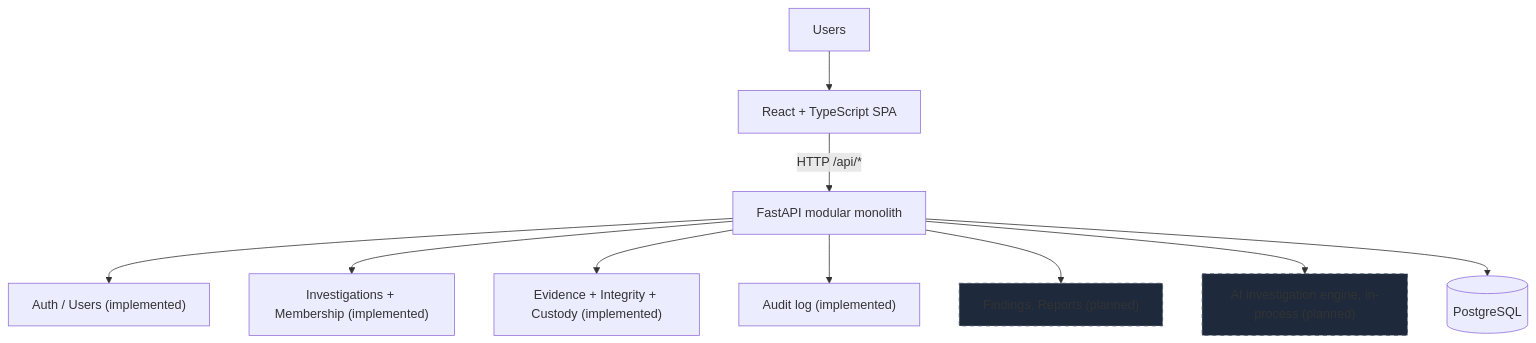
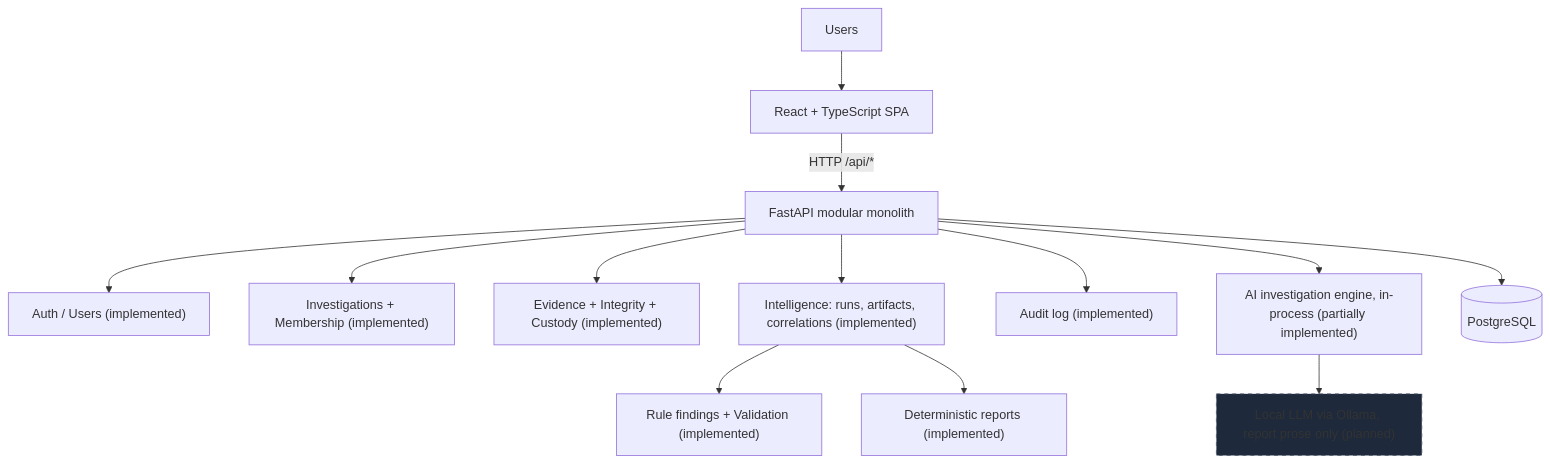
The first of 2 diagrams in README.md (shikhar-sahay/provena), drawn with Mermaid before and after one commit. The commit also changed other lines of this file and 8 other files, not shown here.

````diff
--- a/README.md
+++ b/README.md
@@ -93,14 +103,16 @@
 ```mermaid
 flowchart TB
     Users --> SPA["React + TypeScript SPA"]
     SPA -->|"HTTP /api/*"| API["FastAPI modular monolith"]
     API --> Auth["Auth / Users (implemented)"]
     API --> Inv["Investigations + Membership (implemented)"]
     API --> Ev["Evidence + Integrity + Custody (implemented)"]
+    API --> Intel["Intelligence: runs, artifacts, correlations (implemented)"]
+    Intel --> Find["Rule findings + Validation (implemented)"]
+    Intel --> Rep["Deterministic reports (implemented)"]
     API --> Audit["Audit log (implemented)"]
-    API --> PlannedBE["Findings, Reports (planned)"]
-    API --> AI["AI investigation engine, in-process (planned)"]
+    API --> AI["AI investigation engine, in-process (partially implemented)"]
+    AI --> LLM["Local LLM via Ollama, report prose only (planned)"]
     API --> PG[("PostgreSQL")]
-    style PlannedBE fill:#1e293b,stroke:#475569,stroke-dasharray: 5 5
-    style AI fill:#1e293b,stroke:#475569,stroke-dasharray: 5 5
+    style LLM fill:#1e293b,stroke:#475569,stroke-dasharray: 5 5
 ```
````
